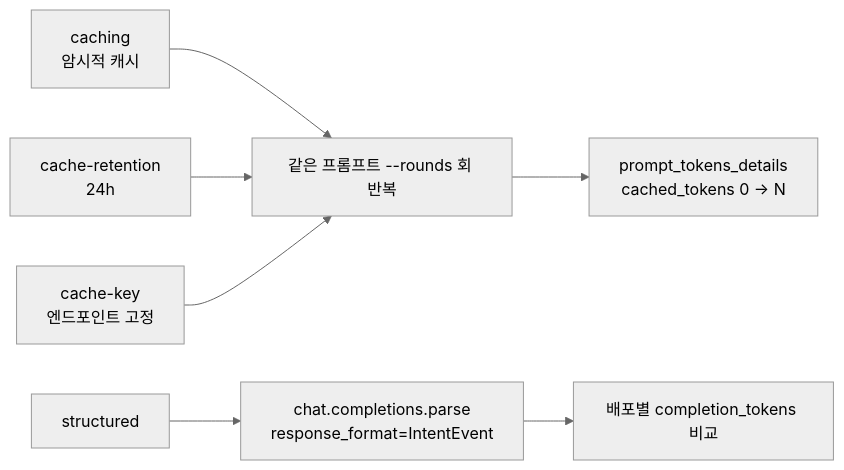
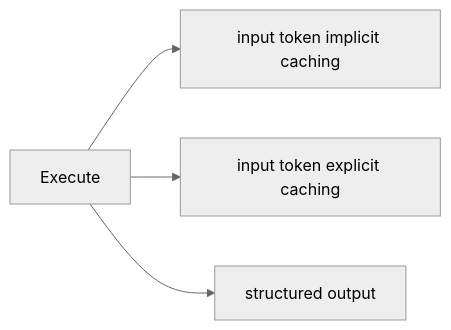
One commit to ivorycloud1013/lab-azure-hol-ai-services changed the fifth of 5 diagrams in python/README.md. Above: the diagram before and after it, drawn with Mermaid. The commit also changed other lines of this file and 2 other files, not shown here.

````diff
--- a/python/README.md
+++ b/python/README.md
@@ -252,10 +198,7 @@
 ```mermaid
 %%{init: {"theme": "neutral"}}%%
 flowchart LR
-    A["caching<br/>암시적 캐시"] --> LOOP
-    B["cache-retention<br/>24h"] --> LOOP
-    K["cache-key<br/>엔드포인트 고정"] --> LOOP
-    LOOP["같은 프롬프트 --rounds 회 반복"] --> USAGE["prompt_tokens_details<br/>cached_tokens 0 → N"]
-    S["structured"] --> PARSE["chat.completions.parse<br/>response_format=IntentEvent"]
-    PARSE --> CMP["배포별 completion_tokens 비교"]
+    DEMO["Execute"] --> A["input token implicit caching"]
+    DEMO["Execute"] --> B["input token explicit caching"]
+    DEMO["Execute"] --> S["structured output"]
 ```
````
